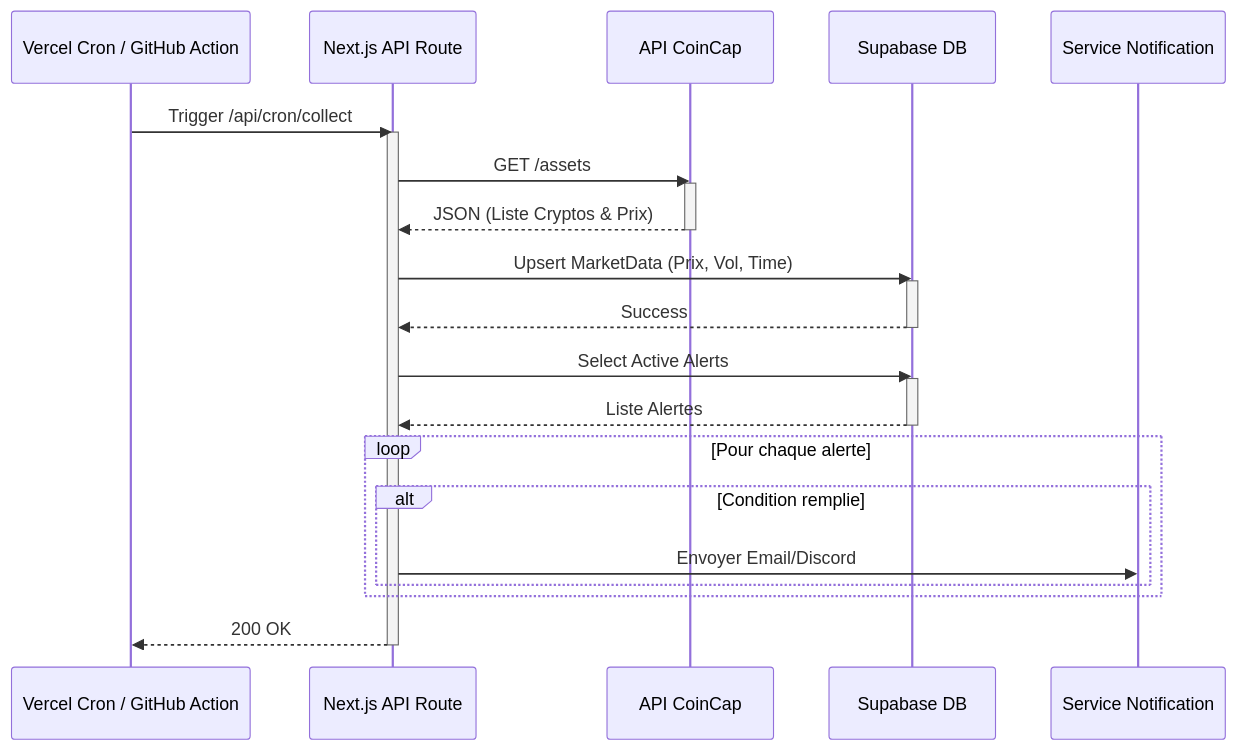
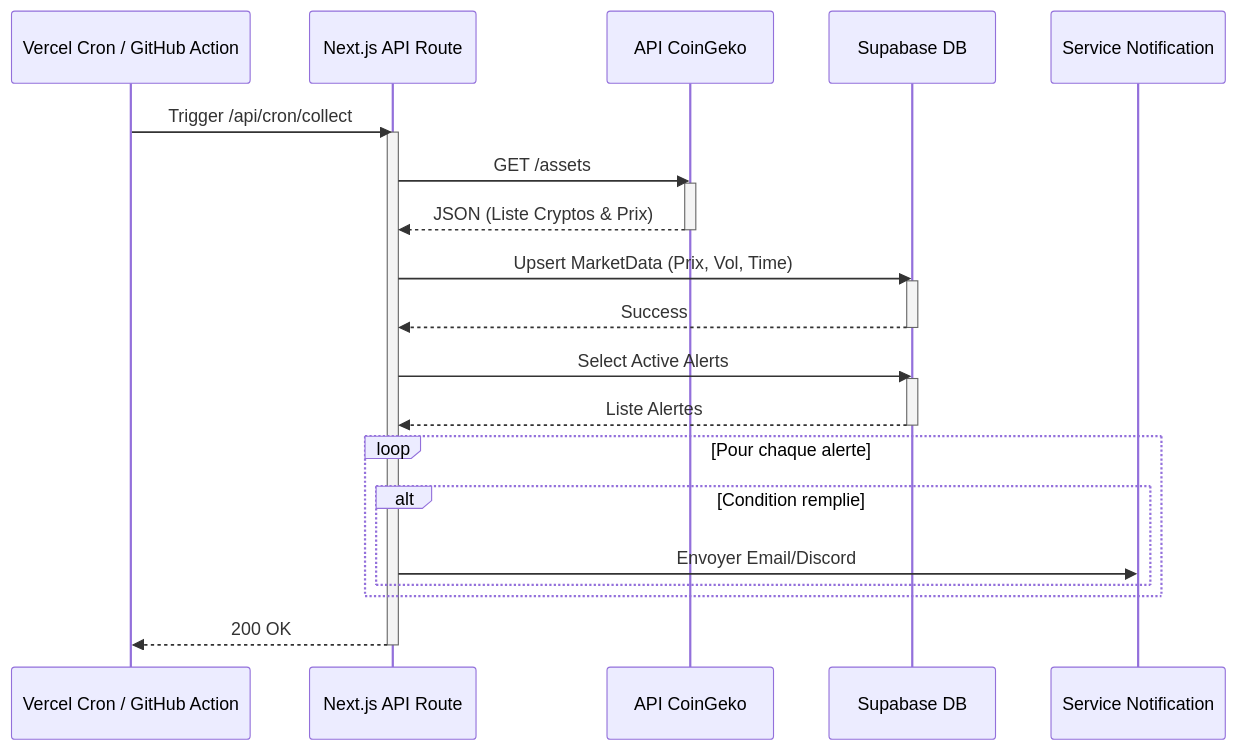
Before and after one commit to t-chahbi/crypto-follow: the third of 6 diagrams in diagrammes_mermaid.md, drawn with Mermaid. The commit also changed other lines of this file, not shown here.

Commit message:
replace coincap by coingeko on uml diagramm

````diff
--- a/diagrammes_mermaid.md
+++ b/diagrammes_mermaid.md
@@ -105,34 +105,34 @@
 ```mermaid
 sequenceDiagram
     participant Cron as Vercel Cron / GitHub Action
     participant API as Next.js API Route
-    participant Ext as API CoinCap
+    participant Ext as API CoinGeko
     participant DB as Supabase DB
     participant Notif as Service Notification
 
     Cron->>API: Trigger /api/cron/collect
     activate API
     API->>Ext: GET /assets
     activate Ext
     Ext-->>API: JSON (Liste Cryptos & Prix)
     deactivate Ext
     
     API->>DB: Upsert MarketData (Prix, Vol, Time)
     activate DB
     DB-->>API: Success
     deactivate DB
 
     API->>DB: Select Active Alerts
     activate DB
     DB-->>API: Liste Alertes
     deactivate DB
 
     loop Pour chaque alerte
         alt Condition remplie
             API->>Notif: Envoyer Email/Discord
         end
     end
 
     API-->>Cron: 200 OK
     deactivate API
 ```
````
